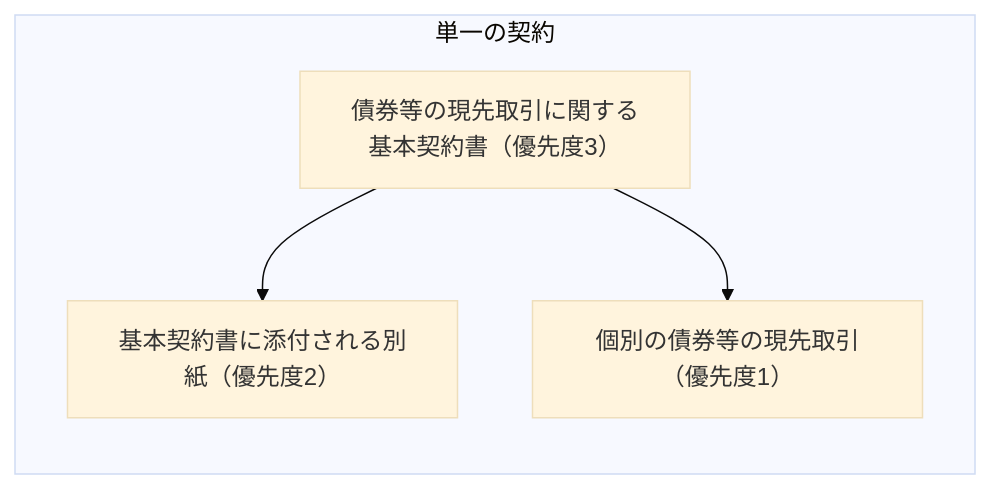
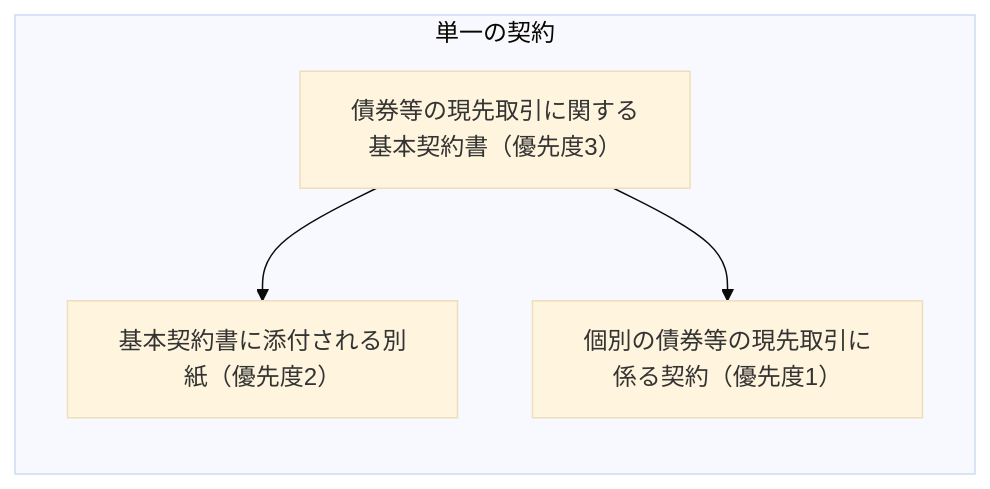
The first of 3 diagrams in _contents/repos/gensaki_new.md (Naoki-Yamamoto-codes/finance), drawn with Mermaid (base theme) before and after one commit. The commit also changed other lines of this file and 5 other files, not shown here.

````diff
--- a/_contents/repos/gensaki_new.md
+++ b/_contents/repos/gensaki_new.md
@@ -10,11 +10,11 @@
 ```mermaid
 flowchart TD
     subgraph SINGLE["単一の契約"]
         direction TD
         MA["債券等の現先取引に関する基本契約書（優先度3）"]
         ANNEX["基本契約書に添付される別紙（優先度2）"]
-        DEAL["個別の債券等の現先取引（優先度1）"]        
+        DEAL["個別の債券等の現先取引に係る契約（優先度1）"]        
         MA --> ANNEX
         MA --> DEAL
     end
 ```
````
